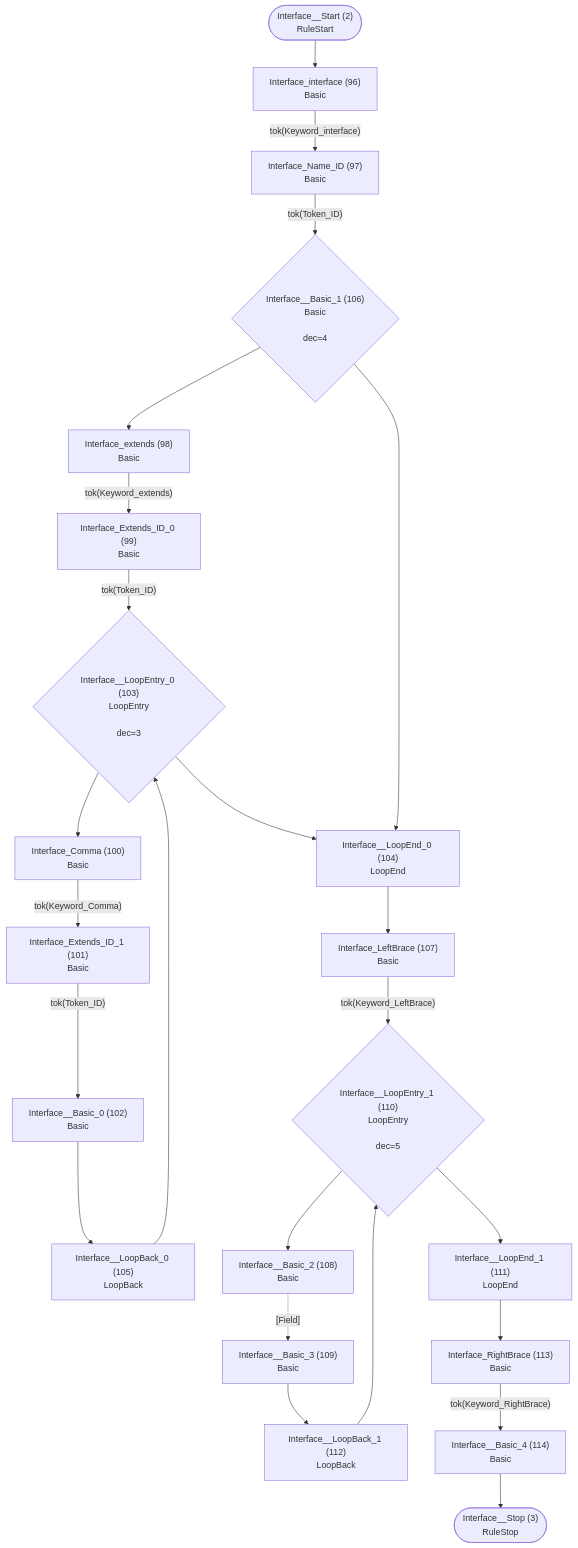
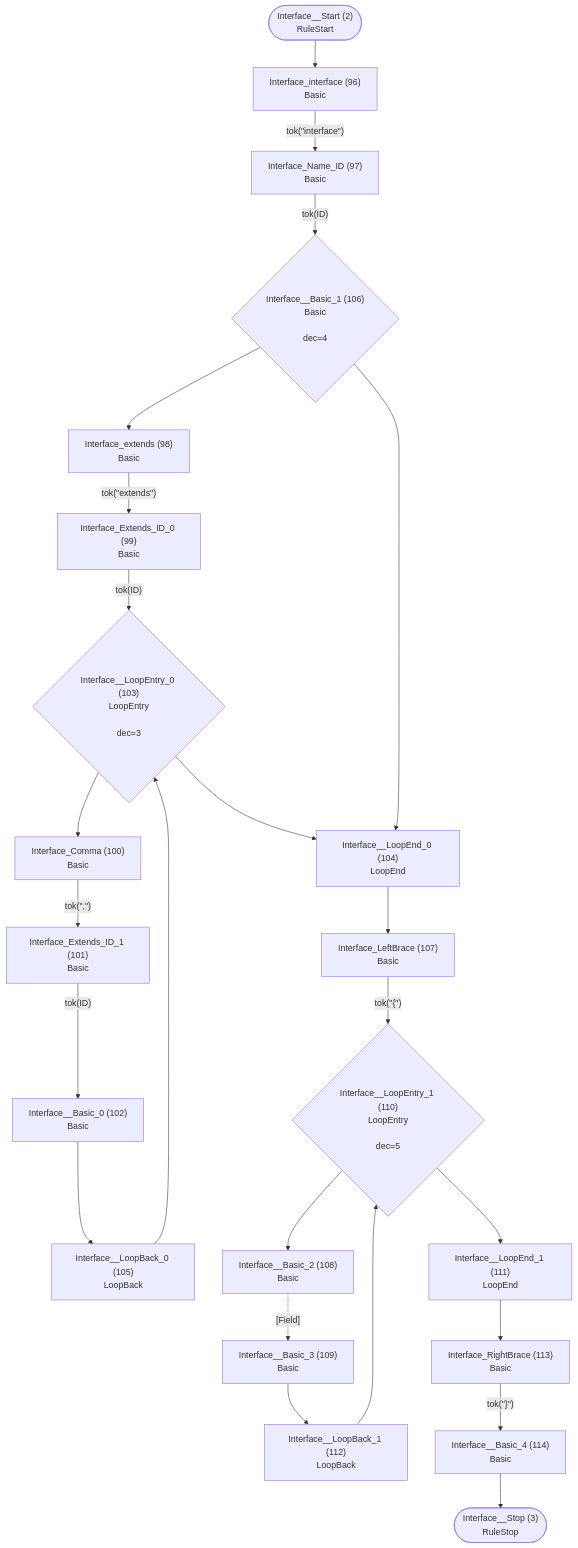
The second of 37 diagrams in internal/grammar/atn.md (TypeFox/fastbelt), drawn with Mermaid before and after one commit. The commit also changed other lines of this file and 3 other files, not shown here.

````diff
--- a/internal/grammar/atn.md
+++ b/internal/grammar/atn.md
@@ -66,48 +66,48 @@
 ```mermaid
 flowchart TD
     q2(["Interface__Start (2)<br/>RuleStart"])
     q3(["Interface__Stop (3)<br/>RuleStop"])
     q96["Interface_interface (96)<br/>Basic<br/>"]
     q97["Interface_Name_ID (97)<br/>Basic<br/>"]
     q98["Interface_extends (98)<br/>Basic<br/>"]
     q99["Interface_Extends_ID_0 (99)<br/>Basic<br/>"]
     q100["Interface_Comma (100)<br/>Basic<br/>"]
     q101["Interface_Extends_ID_1 (101)<br/>Basic<br/>"]
     q102["Interface__Basic_0 (102)<br/>Basic<br/>"]
     q103{"Interface__LoopEntry_0 (103)<br/>LoopEntry<br/><br/>dec=3"}
     q104["Interface__LoopEnd_0 (104)<br/>LoopEnd<br/>"]
     q105["Interface__LoopBack_0 (105)<br/>LoopBack<br/>"]
     q106{"Interface__Basic_1 (106)<br/>Basic<br/><br/>dec=4"}
     q107["Interface_LeftBrace (107)<br/>Basic<br/>"]
     q108["Interface__Basic_2 (108)<br/>Basic<br/>"]
     q109["Interface__Basic_3 (109)<br/>Basic<br/>"]
     q110{"Interface__LoopEntry_1 (110)<br/>LoopEntry<br/><br/>dec=5"}
     q111["Interface__LoopEnd_1 (111)<br/>LoopEnd<br/>"]
     q112["Interface__LoopBack_1 (112)<br/>LoopBack<br/>"]
     q113["Interface_RightBrace (113)<br/>Basic<br/>"]
     q114["Interface__Basic_4 (114)<br/>Basic<br/>"]
 
     q2 --> q96
-    q96 -->|"tok(Keyword_interface)"| q97
-    q97 -->|"tok(Token_ID)"| q106
-    q98 -->|"tok(Keyword_extends)"| q99
-    q99 -->|"tok(Token_ID)"| q103
-    q100 -->|"tok(Keyword_Comma)"| q101
-    q101 -->|"tok(Token_ID)"| q102
+    q96 -->|"tok(&quot;interface&quot;)"| q97
+    q97 -->|"tok(ID)"| q106
+    q98 -->|"tok(&quot;extends&quot;)"| q99
+    q99 -->|"tok(ID)"| q103
+    q100 -->|"tok(&quot;,&quot;)"| q101
+    q101 -->|"tok(ID)"| q102
     q102 --> q105
     q103 --> q100
     q103 --> q104
     q104 --> q107
     q105 --> q103
     q106 --> q98
     q106 --> q104
-    q107 -->|"tok(Keyword_LeftBrace)"| q110
+    q107 -->|"tok(&quot;{&quot;)"| q110
     q108 -.->|"[Field]"| q109
     q109 --> q112
     q110 --> q108
     q110 --> q111
     q111 --> q113
     q112 --> q110
-    q113 -->|"tok(Keyword_RightBrace)"| q114
+    q113 -->|"tok(&quot;}&quot;)"| q114
     q114 --> q3
 ```
````
